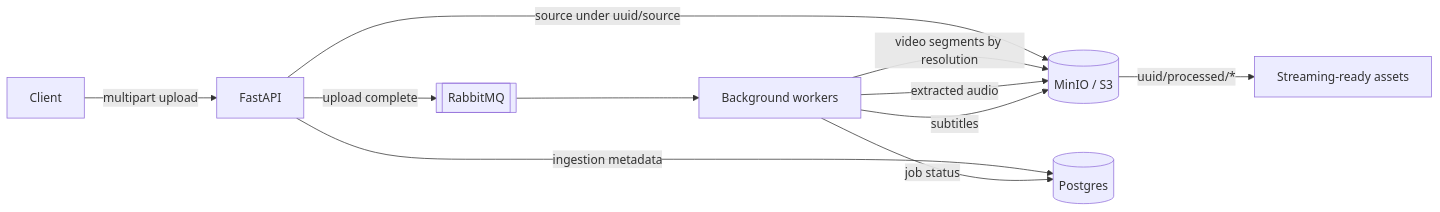
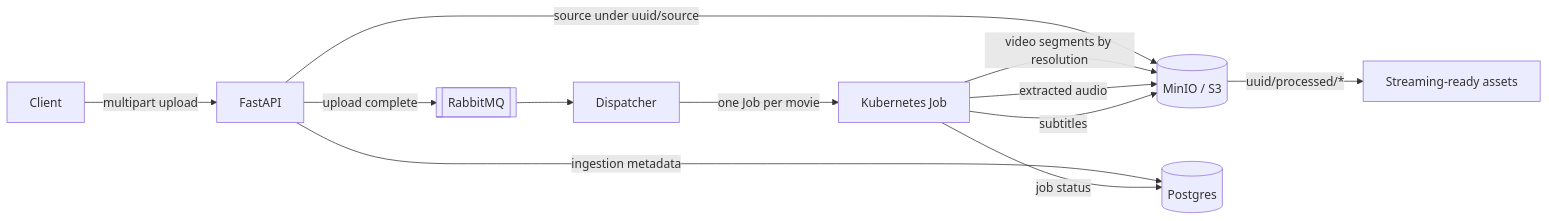
One commit to personal-ott-platform/ott-platform-ingestion-service changed the diagram in README.md. Above: the diagram before and after it, drawn with Mermaid. The commit also changed other lines of this file and 6 other files, not shown here.

````diff
--- a/README.md
+++ b/README.md
@@ -13,13 +13,14 @@
 ```mermaid
 flowchart LR
   Client -->|multipart upload| API[FastAPI]
   API -->|source under uuid/source| S3[(MinIO / S3)]
   API -->|ingestion metadata| PG[(Postgres)]
   API -->|upload complete| MQ[[RabbitMQ]]
-  MQ --> Workers[Background workers]
-  Workers -->|video segments by resolution| S3
-  Workers -->|extracted audio| S3
-  Workers -->|subtitles| S3
-  Workers -->|job status| PG
+  MQ --> Disp[Dispatcher]
+  Disp -->|one Job per movie| K8s[Kubernetes Job]
+  K8s -->|video segments by resolution| S3
+  K8s -->|extracted audio| S3
+  K8s -->|subtitles| S3
+  K8s -->|job status| PG
   S3 -->|uuid/processed/*| Stream[Streaming-ready assets]
 ```
````
